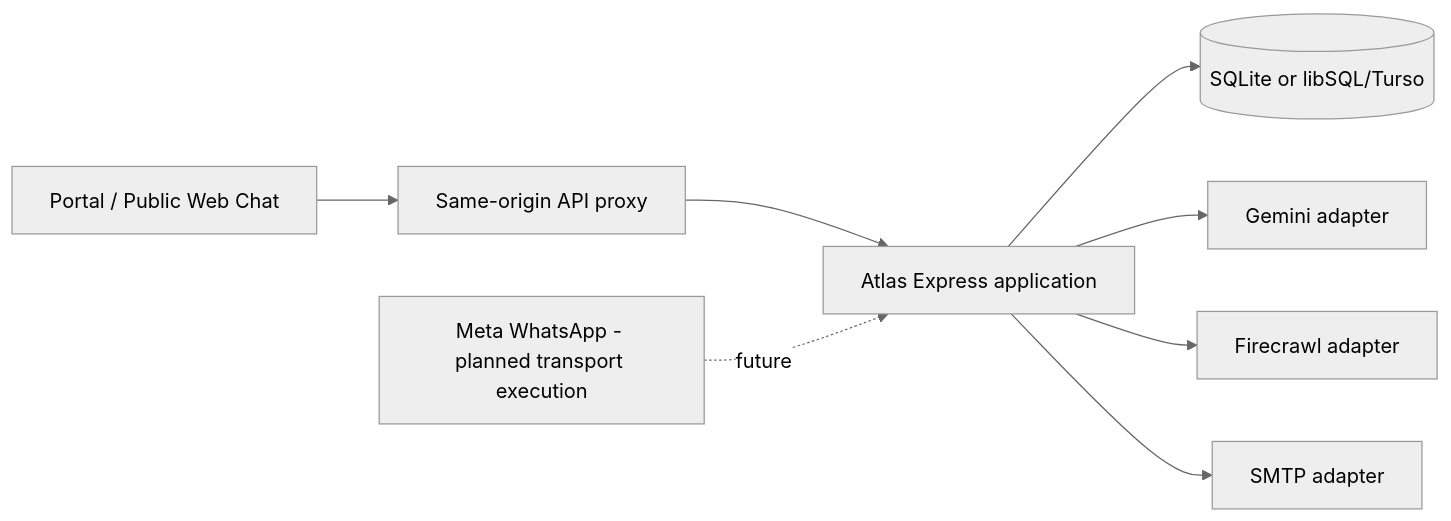
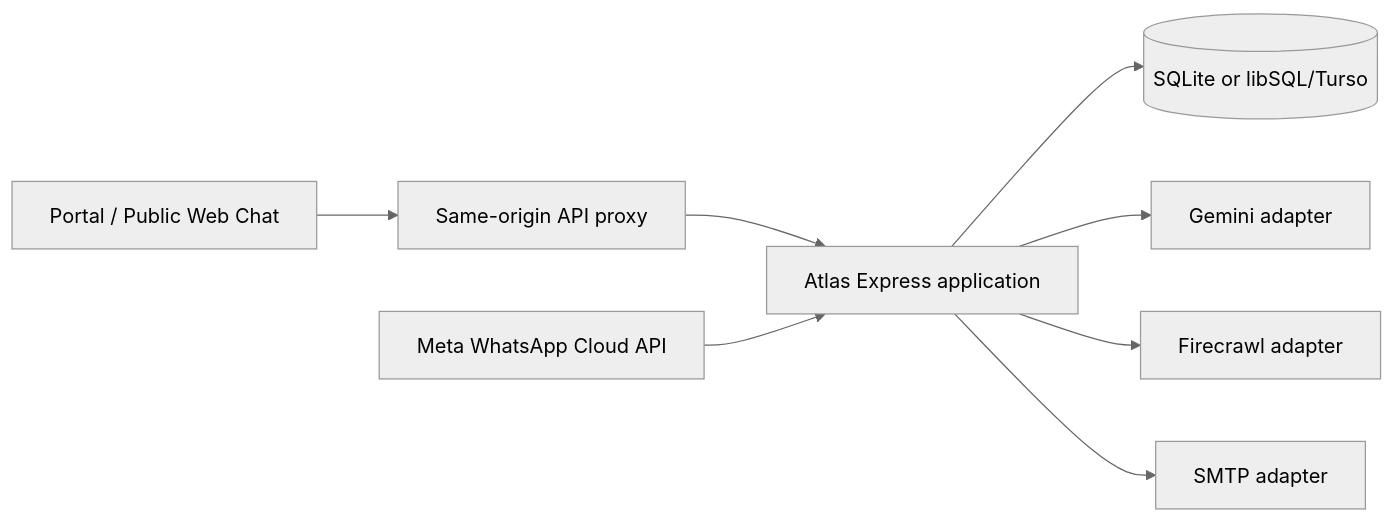
Before and after one commit to Alexxzago/atlas-core: the first of 6 diagrams in docs/ATLAS_PLATFORM_ARCHITECTURE.md, drawn with Mermaid (neutral theme). The commit also changed other lines of this file and 30 other files, not shown here.

````diff
--- a/docs/ATLAS_PLATFORM_ARCHITECTURE.md
+++ b/docs/ATLAS_PLATFORM_ARCHITECTURE.md
@@ -40,10 +40,10 @@
 ```mermaid
 flowchart LR
   Browser[Portal / Public Web Chat] --> Proxy[Same-origin API proxy]
   Proxy --> API[Atlas Express application]
   API --> DB[(SQLite or libSQL/Turso)]
   API --> Gemini[Gemini adapter]
   API --> Firecrawl[Firecrawl adapter]
   API --> SMTP[SMTP adapter]
-  Meta[Meta WhatsApp - planned transport execution] -. future .-> API
+  Meta[Meta WhatsApp Cloud API] --> API
 ```
````
